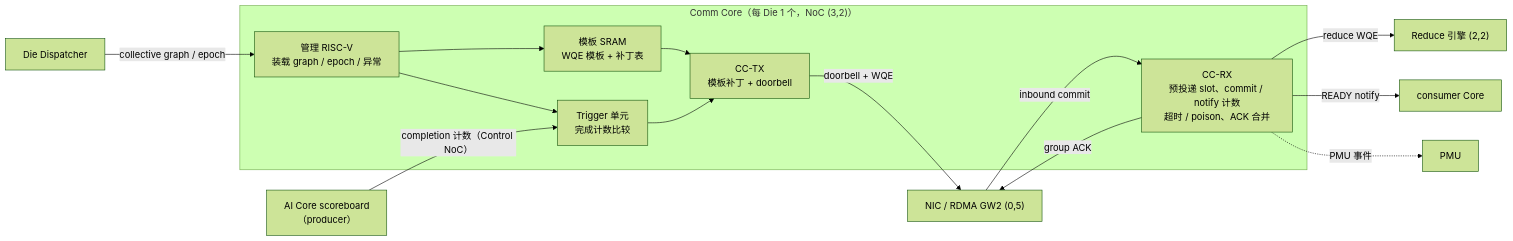
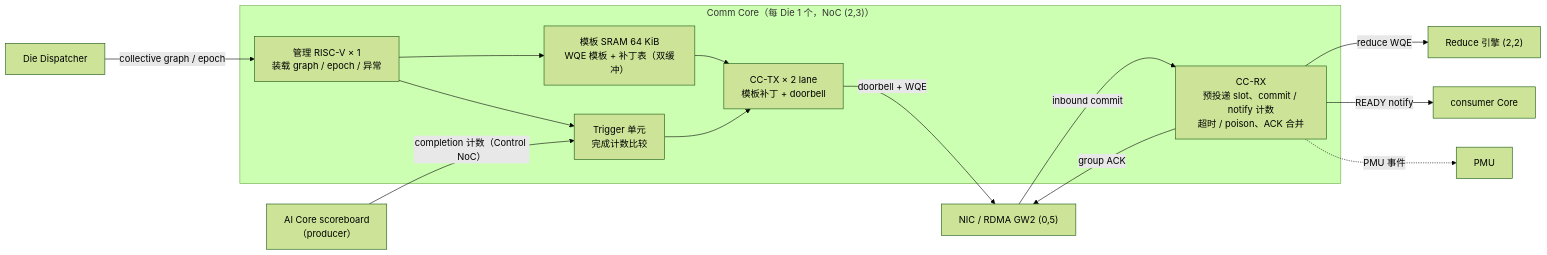
The diagram in teams/hardware/docs/10_COMM_CORE.md (xqdan/xihu), drawn with Mermaid (forest theme) before and after one commit. The commit also changed other lines of this file and 19 other files, not shown here.

First line of the commit message:
Comm Core: search the HW-07 design space, keep only the winner in out/

````diff
--- a/teams/hardware/docs/10_COMM_CORE.md
+++ b/teams/hardware/docs/10_COMM_CORE.md
@@ -50,22 +63,22 @@
 ```mermaid
 flowchart LR
-  subgraph CC["Comm Core（每 Die 1 个，NoC (3,2)）"]
-    MGR["管理 RISC-V<br/>装载 graph / epoch / 异常"]
-    TSRAM["模板 SRAM<br/>WQE 模板 + 补丁表"]
+  subgraph CC["Comm Core（每 Die 1 个，NoC (2,3)）"]
+    MGR["管理 RISC-V × 1<br/>装载 graph / epoch / 异常"]
+    TSRAM["模板 SRAM 64 KiB<br/>WQE 模板 + 补丁表（双缓冲）"]
     TRG["Trigger 单元<br/>完成计数比较"]
-    TX["CC-TX<br/>模板补丁 + doorbell"]
+    TX["CC-TX × 2 lane<br/>模板补丁 + doorbell"]
     RX["CC-RX<br/>预投递 slot、commit / notify 计数<br/>超时 / poison、ACK 合并"]
     MGR --> TSRAM
     MGR --> TRG
     TRG --> TX
     TSRAM --> TX
   end
   CORE["AI Core scoreboard<br/>（producer）"] -->|"completion 计数（Control NoC）"| TRG
   DD["Die Dispatcher"] -->|"collective graph / epoch"| MGR
   TX -->|"doorbell + WQE"| NIC["NIC / RDMA GW2 (0,5)"]
   NIC -->|"inbound commit"| RX
   RX -->|"reduce WQE"| RED["Reduce 引擎 (2,2)"]
   RX -->|"READY notify"| CONS["consumer Core"]
   RX -->|"group ACK"| NIC
   RX -.->|"PMU 事件"| PMU["PMU"]
 ```
````
